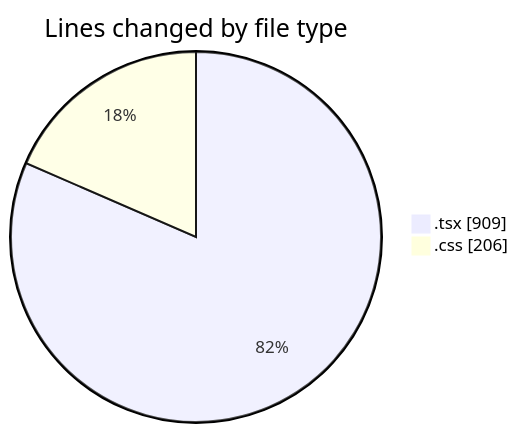
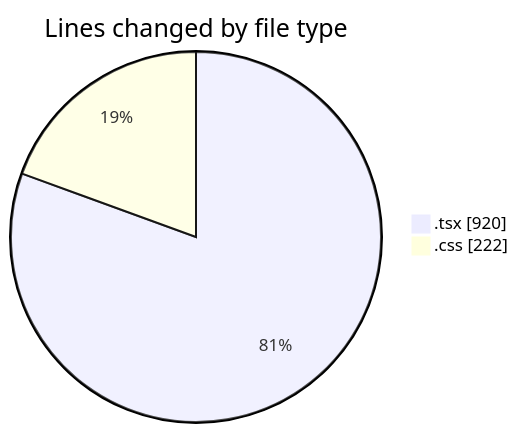
Before and after one commit to donsfak/code-tracking: the first of 2 diagrams in 2025-02-07/portofolio/README.md, drawn with Mermaid. The commit also changed other lines of this file and 1 other file, not shown here.

````diff
--- a/2025-02-07/portofolio/README.md
+++ b/2025-02-07/portofolio/README.md
@@ -21,6 +21,6 @@
 ```mermaid
 pie showData
 title Lines changed by file type
-".tsx" : 909
-".css" : 206
+".tsx" : 920
+".css" : 222
 ```
````
